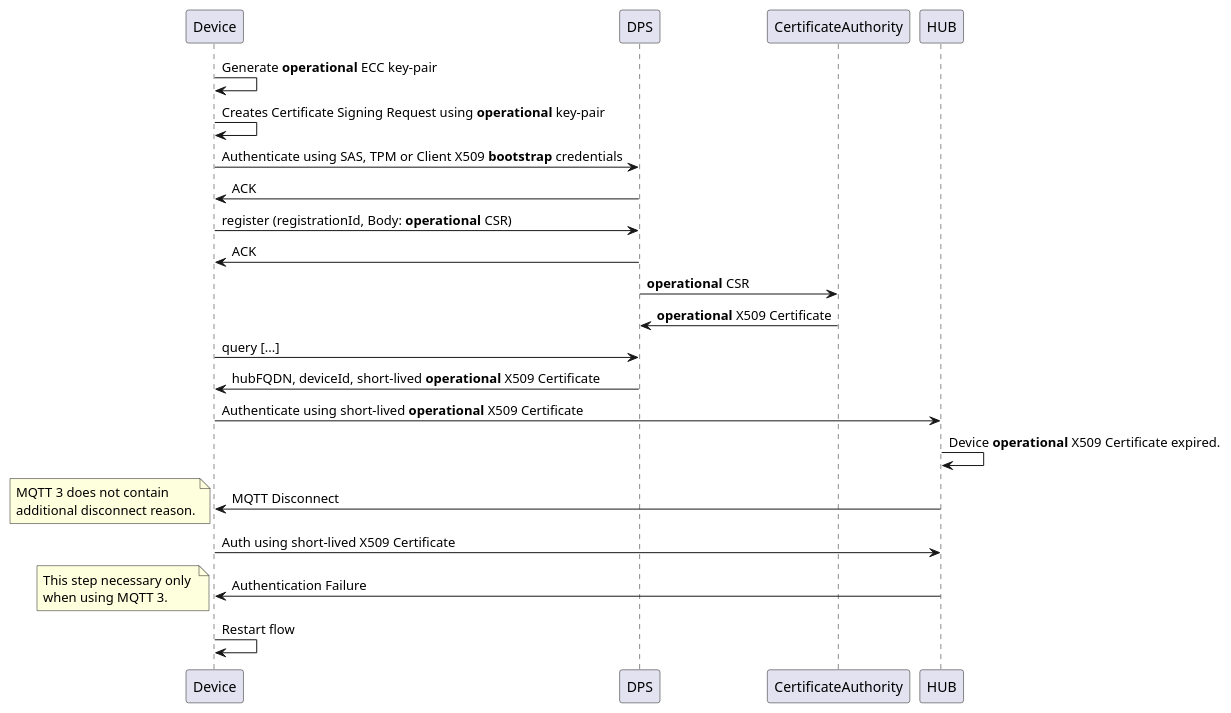
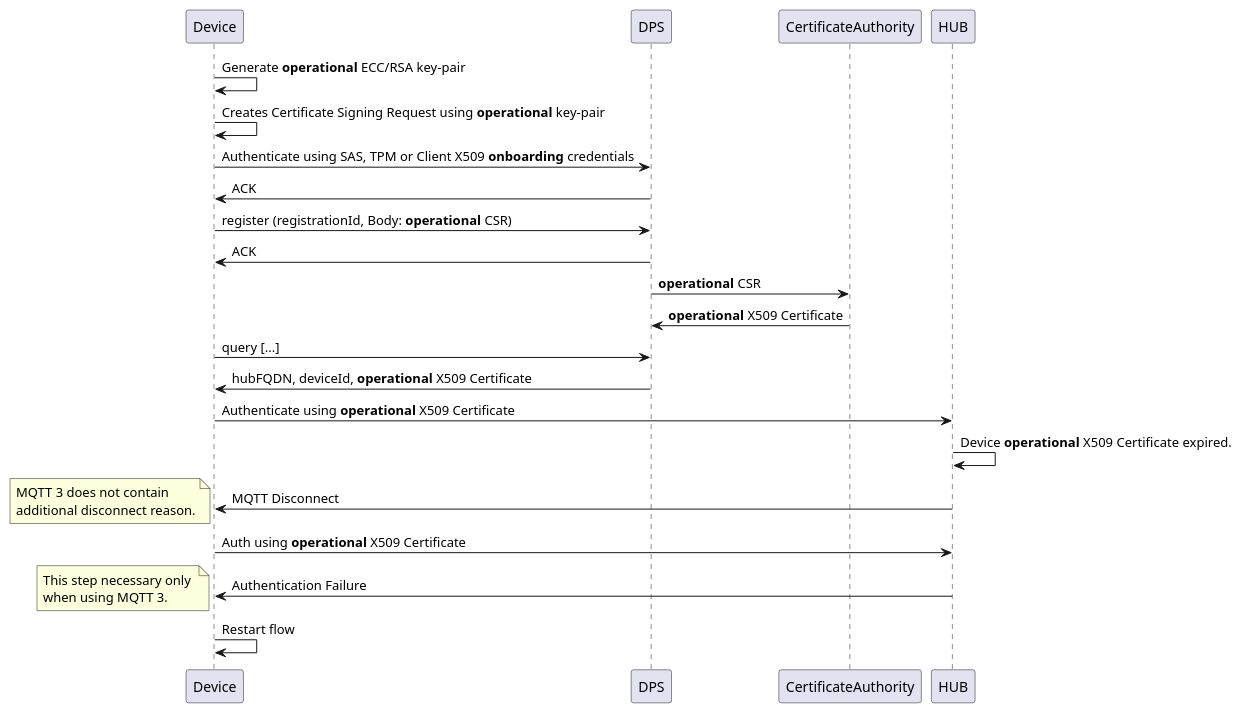
Before and after one commit to Azure/azure-iot-sdk-c: the diagram in provisioning_client/devdoc/media/csr.puml, drawn with PlantUML. The commit also changed 8 other files, not shown here.

```diff
--- a/provisioning_client/devdoc/media/csr.puml
+++ b/provisioning_client/devdoc/media/csr.puml
@@ -1,27 +1,27 @@
 @startuml dpsCSR
-Device -> Device: Generate **operational** ECC key-pair
+Device -> Device: Generate **operational** ECC/RSA key-pair
 Device -> Device: Creates Certificate Signing Request using **operational** key-pair
-Device -> DPS: Authenticate using SAS, TPM or Client X509 **bootstrap** credentials
+Device -> DPS: Authenticate using SAS, TPM or Client X509 **onboarding** credentials
 DPS -> Device: ACK
 Device -> DPS: register (registrationId, Body: **operational** CSR)
 DPS -> Device: ACK
 DPS -> CertificateAuthority: **operational** CSR
 DPS <- CertificateAuthority: **operational** X509 Certificate
 Device -> DPS: query [...]
-DPS -> Device: hubFQDN, deviceId, short-lived **operational** X509 Certificate
-Device -> HUB: Authenticate using short-lived **operational** X509 Certificate
+DPS -> Device: hubFQDN, deviceId, **operational** X509 Certificate
+Device -> HUB: Authenticate using **operational** X509 Certificate
 HUB->HUB: Device **operational** X509 Certificate expired.
 Device <- HUB: MQTT Disconnect
 note left
   MQTT 3 does not contain 
   additional disconnect reason.
 end note
-Device -> HUB: Auth using short-lived X509 Certificate
+Device -> HUB: Auth using **operational** X509 Certificate
 Device <- HUB: Authentication Failure
 note left
   This step necessary only 
   when using MQTT 3.
 end note
 Device -> Device: Restart flow
 
 @enduml
```
